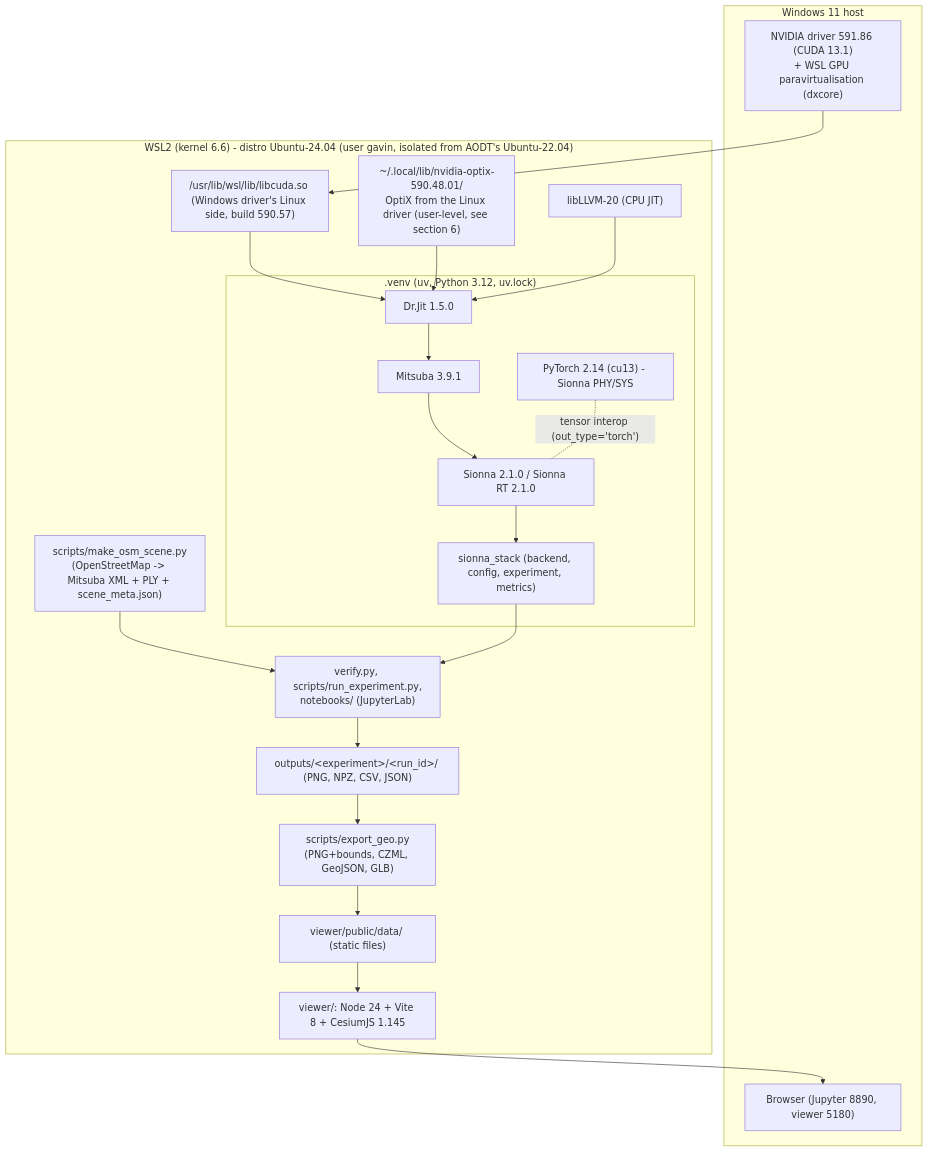
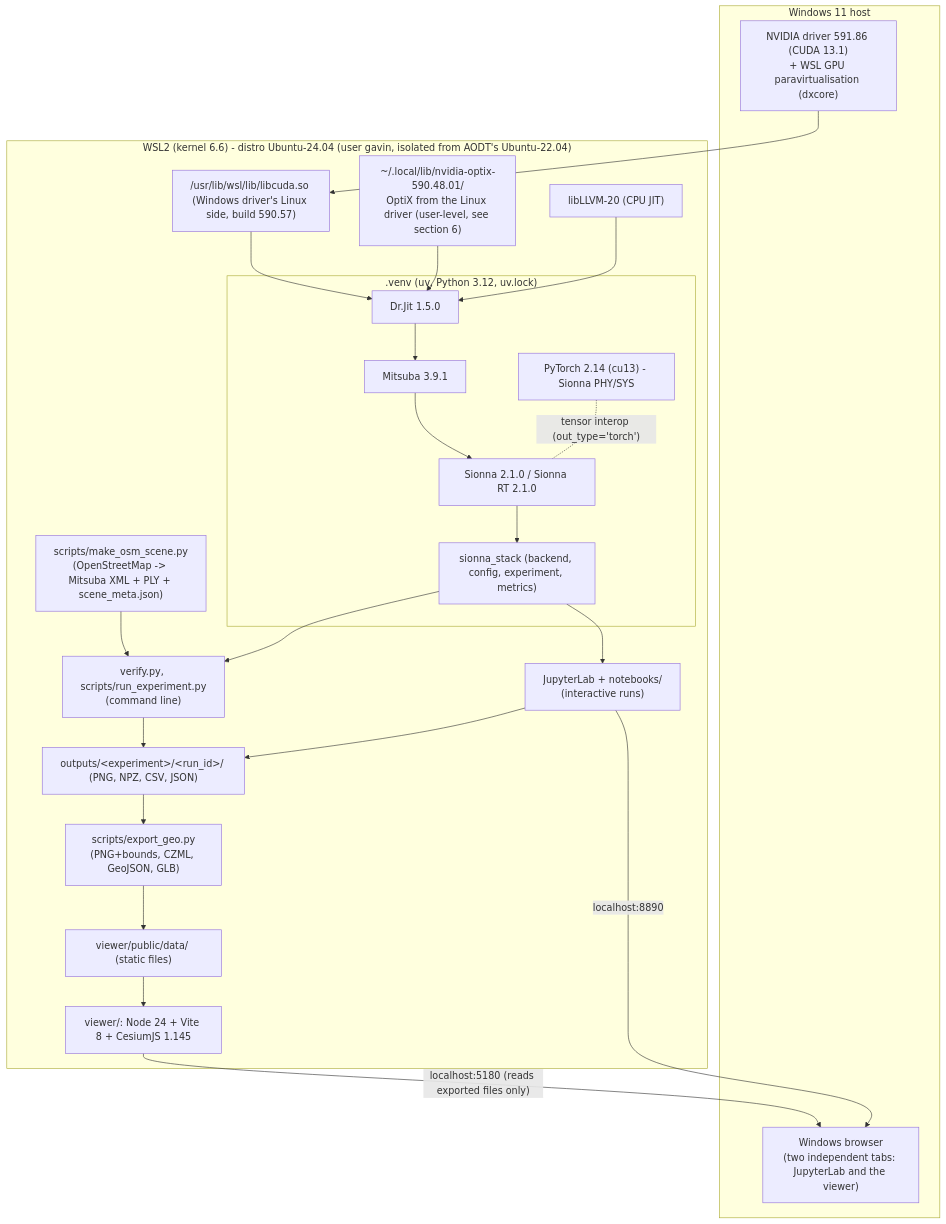
Before and after one commit to gavinhon/sionna-stack: the diagram in README.md, drawn with Mermaid. The commit also changed other lines of this file and 5 other files, not shown here.

````diff
--- a/README.md
+++ b/README.md
@@ -99,31 +99,35 @@
 ```mermaid
 flowchart TB
   subgraph WIN["Windows 11 host"]
     DRV["NVIDIA driver 591.86 (CUDA 13.1)<br/>+ WSL GPU paravirtualisation (dxcore)"]
-    BROWSER["Browser (Jupyter 8890, viewer 5180)"]
+    BROWSER["Windows browser<br/>(two independent tabs: JupyterLab and the viewer)"]
   end
   subgraph WSL["WSL2 (kernel 6.6) - distro Ubuntu-24.04 (user gavin, isolated from AODT's Ubuntu-22.04)"]
     LIBCUDA["/usr/lib/wsl/lib/libcuda.so (Windows driver's Linux side, build 590.57)"]
     OPTIX["~/.local/lib/nvidia-optix-590.48.01/<br/>OptiX from the Linux driver (user-level, see section 6)"]
     LLVM["libLLVM-20 (CPU JIT)"]
     subgraph VENV[".venv (uv, Python 3.12, uv.lock)"]
       TORCH["PyTorch 2.14 (cu13) - Sionna PHY/SYS"]
       SIONNA["Sionna 2.1.0 / Sionna RT 2.1.0"]
       MI["Mitsuba 3.9.1"]
       DRJIT["Dr.Jit 1.5.0"]
       STACK["sionna_stack (backend, config, experiment, metrics)"]
     end
     OSM["scripts/make_osm_scene.py<br/>(OpenStreetMap -> Mitsuba XML + PLY + scene_meta.json)"]
-    SCRIPTS["verify.py, scripts/run_experiment.py,<br/>notebooks/ (JupyterLab)"]
+    SCRIPTS["verify.py, scripts/run_experiment.py<br/>(command line)"]
+    JUPYTER["JupyterLab + notebooks/<br/>(interactive runs)"]
     OUT["outputs/&lt;experiment&gt;/&lt;run_id&gt;/ (PNG, NPZ, CSV, JSON)"]
     EXP["scripts/export_geo.py<br/>(PNG+bounds, CZML, GeoJSON, GLB)"]
     DATA["viewer/public/data/ (static files)"]
     VIEW["viewer/: Node 24 + Vite 8 + CesiumJS 1.145"]
   end
   DRV --> LIBCUDA --> DRJIT
   OPTIX --> DRJIT
   LLVM --> DRJIT
   OSM --> SCRIPTS
-  DRJIT --> MI --> SIONNA --> STACK --> SCRIPTS --> OUT --> EXP --> DATA --> VIEW --> BROWSER
+  DRJIT --> MI --> SIONNA --> STACK --> SCRIPTS --> OUT --> EXP --> DATA --> VIEW
+  STACK --> JUPYTER --> OUT
+  VIEW -- "localhost:5180 (reads exported files only)" --> BROWSER
+  JUPYTER -- "localhost:8890" --> BROWSER
   TORCH -. "tensor interop (out_type='torch')" .- SIONNA
 ```
````
